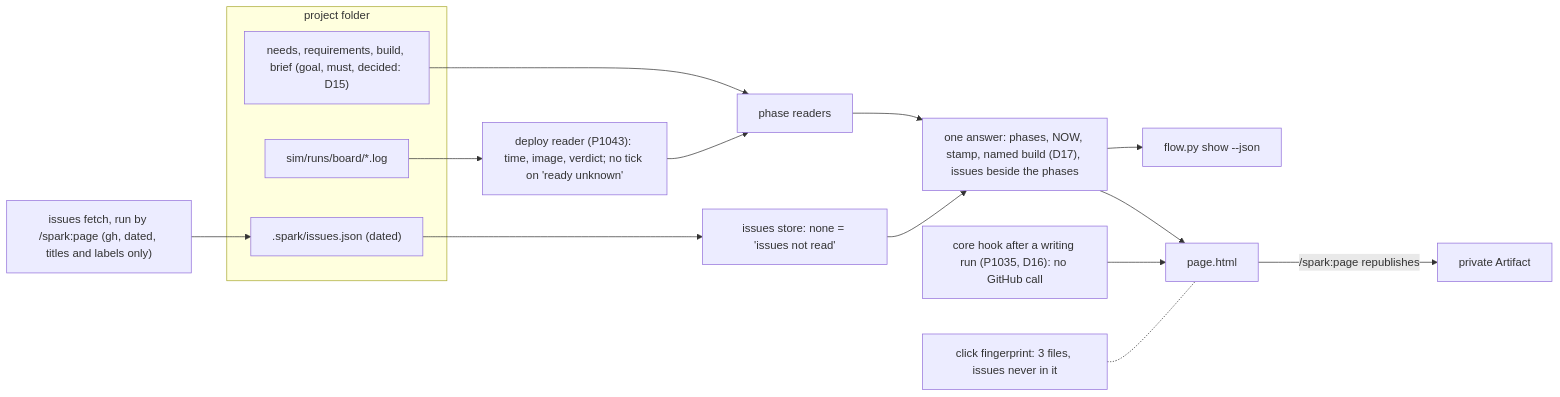
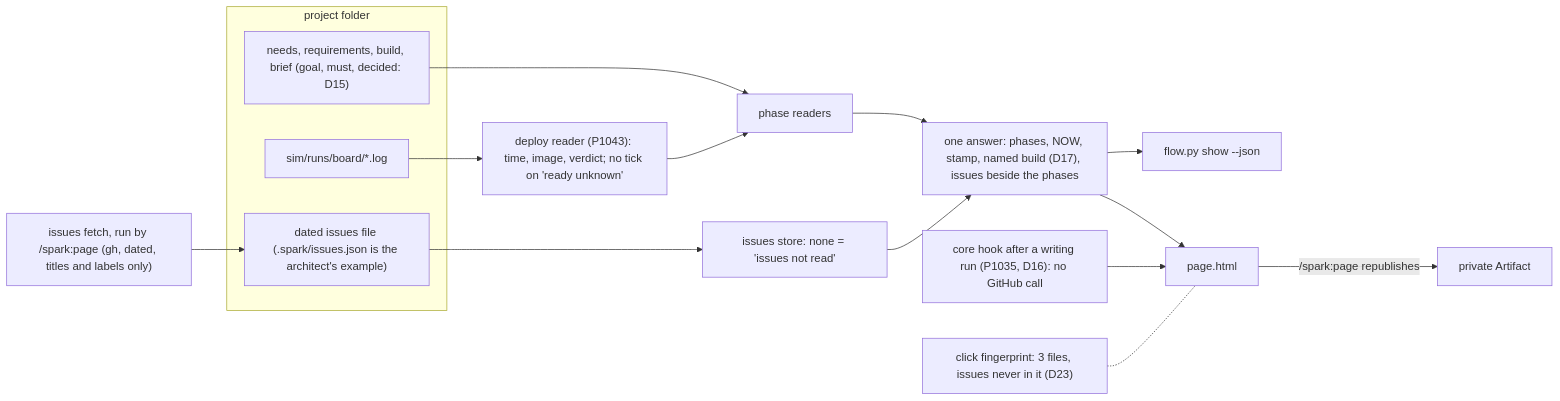
The second of 4 diagrams in docs/discovery/2026-11-23-p1038-page-design/diagrams.md (xmejkal/spark), drawn with Mermaid before and after one commit. The commit also changed other lines of this file and 5 other files, not shown here.

First line of the commit message:
P1038 discovery: the review fixes of #1541: private issue titles withheld, the sketch's NOW, header and times, the stamp list marked as the architect's, delegated marks, D28 the plugins

````diff
--- a/docs/discovery/2026-11-23-p1038-page-design/diagrams.md
+++ b/docs/discovery/2026-11-23-p1038-page-design/diagrams.md
@@ -44,19 +44,19 @@
 ```mermaid
 flowchart LR
   subgraph project["project folder"]
     spark_records["needs, requirements, build, brief (goal, must, decided: D15)"]
     logs["sim/runs/board/*.log"]
-    issues[".spark/issues.json (dated)"]
+    issues["dated issues file (.spark/issues.json is the architect's example)"]
   end
   logs --> deploy["deploy reader (P1043): time, image, verdict; no tick on 'ready unknown'"]
   spark_records --> readers["phase readers"]
   deploy --> readers
   readers --> answer["one answer: phases, NOW, stamp, named build (D17), issues beside the phases"]
   issues --> istore["issues store: none = 'issues not read'"] --> answer
   answer --> show["flow.py show --json"]
   answer --> page["page.html"]
   hook["core hook after a writing run (P1035, D16): no GitHub call"] --> page
   fetch["issues fetch, run by /spark:page (gh, dated, titles and labels only)"] --> issues
   page -- "/spark:page republishes" --> artifact["private Artifact"]
-  fp["click fingerprint: 3 files, issues never in it"] -.- page
+  fp["click fingerprint: 3 files, issues never in it (D23)"] -.- page
 ```
````
